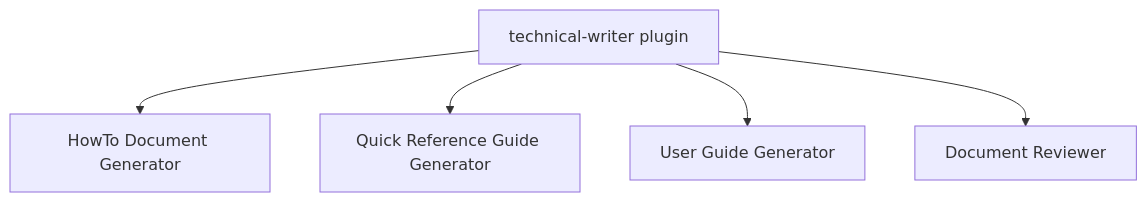
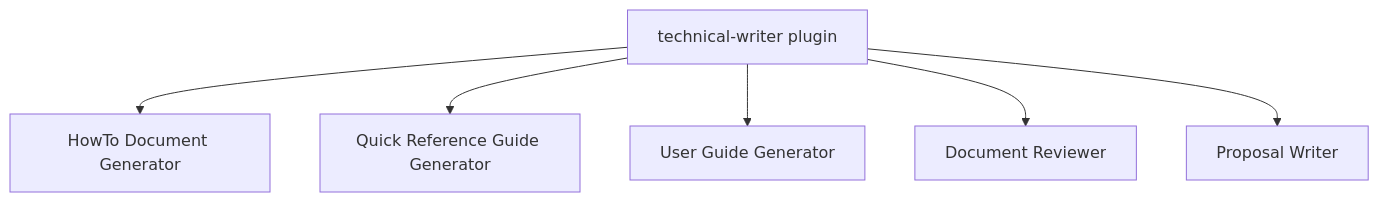
One commit to dimpletz/prompts-collection changed the diagram in plugins/technical-writer/README.md. Above: the diagram before and after it, drawn with Mermaid. The commit also changed other lines of this file and 10 other files, not shown here.

Commit message:
feat(technical-writer): update plugin to v1.2.0, enhance documentation capabilities, and add Proposal Writer agent

````diff
--- a/plugins/technical-writer/README.md
+++ b/plugins/technical-writer/README.md
@@ -38,8 +40,9 @@
 ```mermaid
 graph TD
     A[technical-writer plugin]
     A --> B[HowTo Document Generator]
     A --> C[Quick Reference Guide Generator]
     A --> D[User Guide Generator]
     A --> E[Document Reviewer]
+    A --> F[Proposal Writer]
 ```
````
